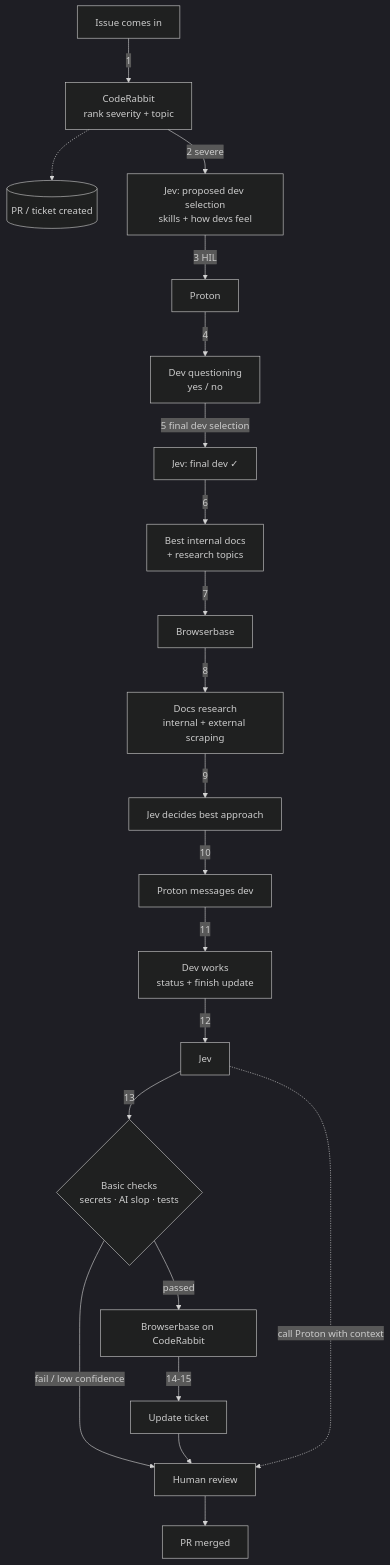
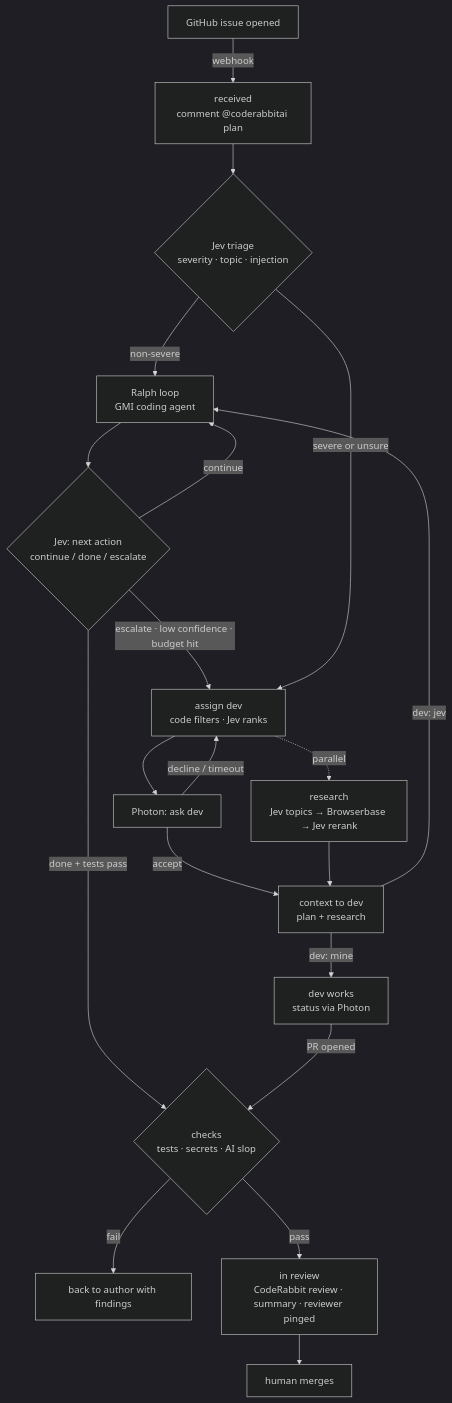
Before and after one commit to kashby2004/jevathon: the diagram in docs/oncall-ticket-routing.md, drawn with Mermaid (dark theme). The commit also changed other lines of this file and 1 other file, not shown here.

````diff
--- a/docs/oncall-ticket-routing.md
+++ b/docs/oncall-ticket-routing.md
@@ -63,23 +52,22 @@
 ```mermaid
 flowchart TD
-    A[Issue comes in] -->|1| CR[CodeRabbit<br/>rank severity + topic]
-    CR -.-> PR[(PR / ticket created)]
-    CR -->|2 severe| J1[Jev: proposed dev selection<br/>skills + how devs feel]
-    J1 -->|3 HIL| P1[Proton]
-    P1 -->|4| DQ[Dev questioning<br/>yes / no]
-    DQ -->|5 final dev selection| J2[Jev: final dev ✓]
-    J2 -->|6| RT[Best internal docs<br/>+ research topics]
-    RT -->|7| BB1[Browserbase]
-    BB1 -->|8| DR[Docs research<br/>internal + external scraping]
-    DR -->|9| J3[Jev decides best approach]
-    J3 -->|10| P2[Proton messages dev]
-    P2 -->|11| DEV[Dev works<br/>status + finish update]
-    DEV -->|12| J4[Jev]
-    J4 -->|13| CHK{Basic checks<br/>secrets · AI slop · tests}
-    CHK -->|passed| BB2[Browserbase on CodeRabbit]
-    CHK -->|fail / low confidence| HR
-    BB2 -->|14-15| UT[Update ticket]
-    UT --> HR[Human review]
-    HR --> M[PR merged]
-    J4 -. call Proton with context .-> HR
+    A[GitHub issue opened] -->|webhook| R[received<br/>comment @coderabbitai plan]
+    R --> T{Jev triage<br/>severity · topic · injection}
+    T -->|non-severe| L[Ralph loop<br/>GMI coding agent]
+    L --> J{Jev: next action<br/>continue / done / escalate}
+    J -->|continue| L
+    J -->|done + tests pass| C
+    J -->|escalate · low confidence · budget hit| D
+    T -->|severe or unsure| D[assign dev<br/>code filters · Jev ranks]
+    D --> P[Photon: ask dev]
+    P -->|decline / timeout| D
+    P -->|accept| X[context to dev<br/>plan + research]
+    RS[research<br/>Jev topics → Browserbase → Jev rerank] --> X
+    D -.parallel.-> RS
+    X -->|dev: jev| L
+    X -->|dev: mine| W[dev works<br/>status via Photon]
+    W -->|PR opened| C{checks<br/>tests · secrets · AI slop}
+    C -->|fail| BACK[back to author with findings]
+    C -->|pass| V[in review<br/>CodeRabbit review · summary · reviewer pinged]
+    V --> M[human merges]
 ```
````
